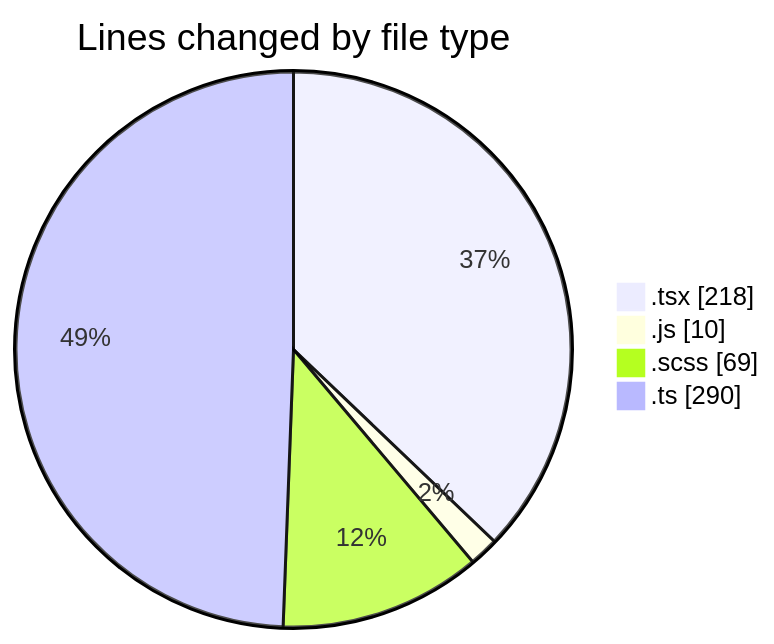
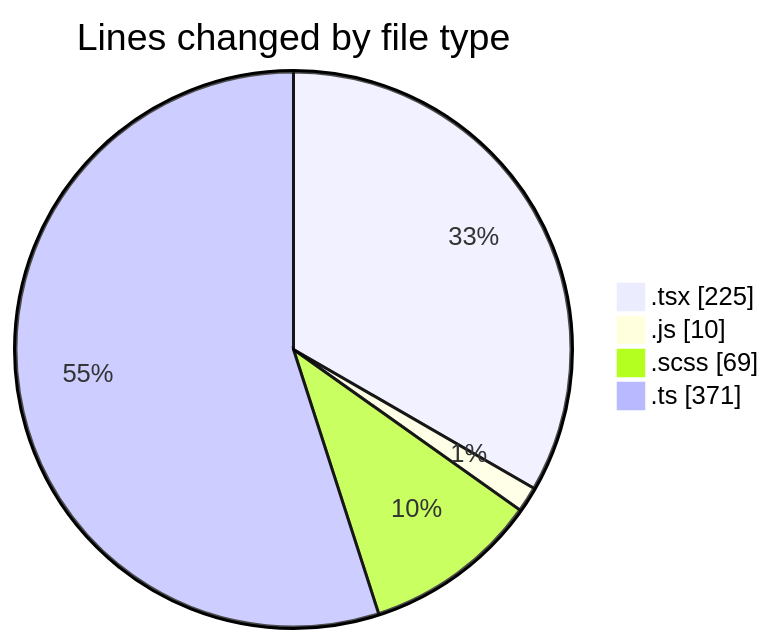
The first of 2 diagrams in 2026-08-25/cda/README.md (momahboobian/code-tracking), drawn with Mermaid before and after one commit. The commit also changed other lines of this file and 1 other file, not shown here.

````diff
--- a/2026-08-25/cda/README.md
+++ b/2026-08-25/cda/README.md
@@ -29,8 +31,8 @@
 ```mermaid
 pie showData
 title Lines changed by file type
-".tsx" : 218
+".tsx" : 225
 ".js" : 10
 ".scss" : 69
-".ts" : 290
+".ts" : 371
 ```
````
